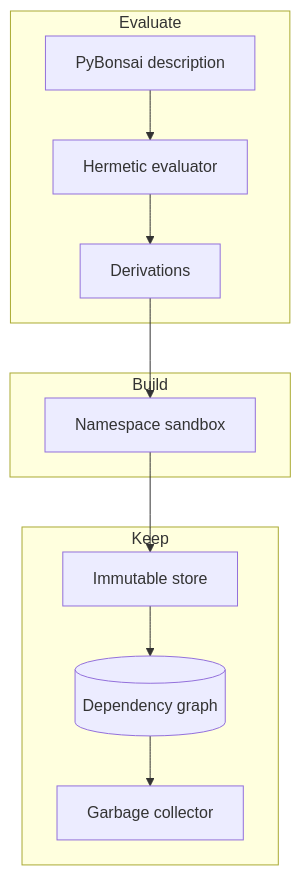
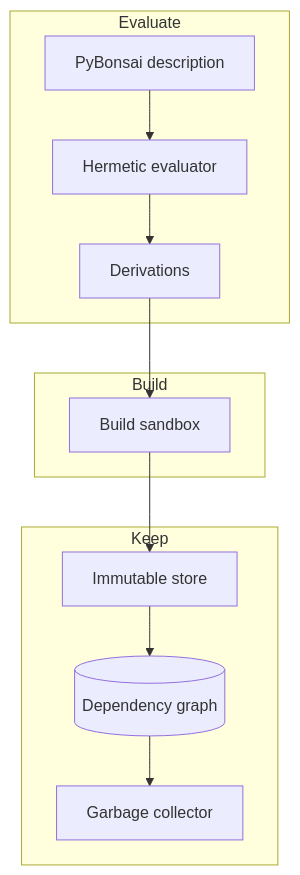
One commit to PacketFive/PyrixOS changed the diagram in docs/introduction.md. Above: the diagram before and after it, drawn with Mermaid. The commit also changed other lines of this file and 5 other files, not shown here.

````diff
--- a/docs/introduction.md
+++ b/docs/introduction.md
@@ -37,24 +37,24 @@
 ```mermaid
 ---
 config:
   themeVariables:
     fontSize: 16px
   flowchart:
     useMaxWidth: false
   sequence:
     useMaxWidth: false
 ---
 flowchart TB
     subgraph eval ["Evaluate"]
         pyb["PyBonsai description"] --> ev["Hermetic evaluator"]
         ev --> drv["Derivations"]
     end
     subgraph build ["Build"]
-        drv --> sb["Namespace sandbox"]
+        drv --> sb["Build sandbox"]
     end
     subgraph keep ["Keep"]
         sb --> st["Immutable store"]
         st --> db[("Dependency graph")]
         db --> gc["Garbage collector"]
     end
 ```
````
